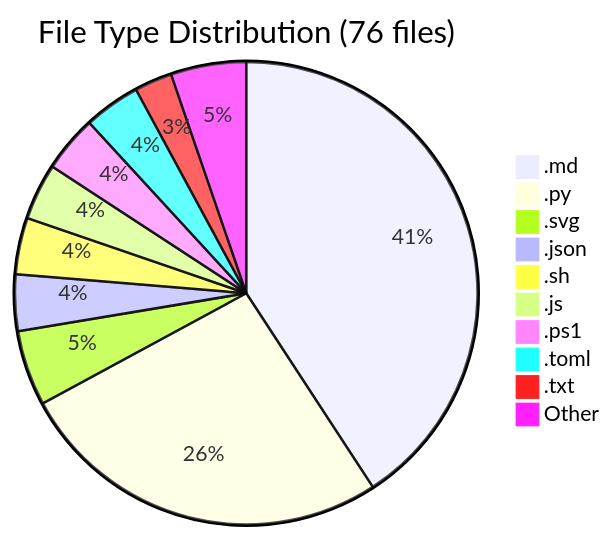
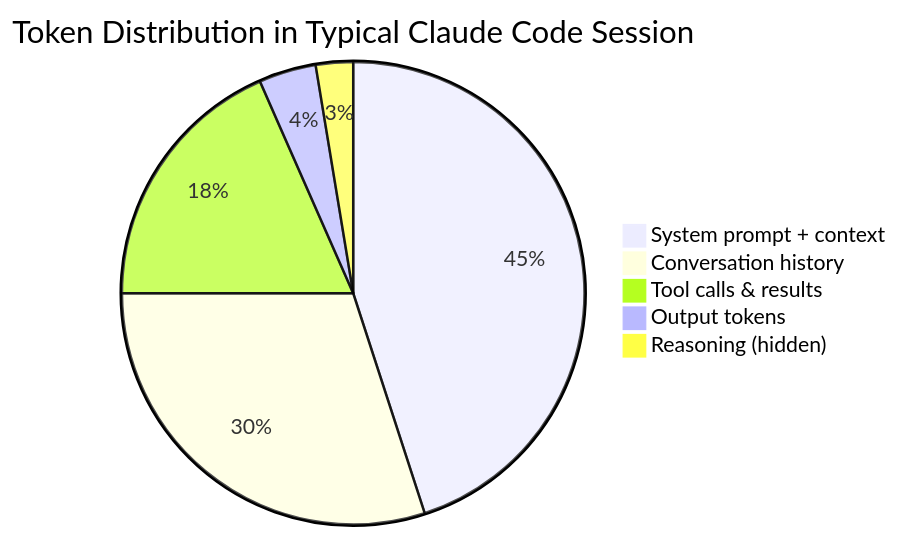
Before and after one commit to YoRHa-Agents/NineS: the third of 8 diagrams in docs/showcase/caveman-analysis.md, drawn with Mermaid. The commit also changed other lines of this file and 14 other files, not shown here.

````diff
--- a/docs/showcase/caveman-analysis.md
+++ b/docs/showcase/caveman-analysis.md
@@ -53,13 +158,8 @@
 ```mermaid
-pie title File Type Distribution (76 files)
-    ".md" : 31
-    ".py" : 20
-    ".svg" : 4
-    ".json" : 3
-    ".sh" : 3
-    ".js" : 3
-    ".ps1" : 3
-    ".toml" : 3
-    ".txt" : 2
-    "Other" : 4
+pie title Token Distribution in Typical Claude Code Session
+    "System prompt + context" : 45
+    "Conversation history" : 30
+    "Tool calls & results" : 18.4
+    "Output tokens" : 4
+    "Reasoning (hidden)" : 2.6
 ```
````
